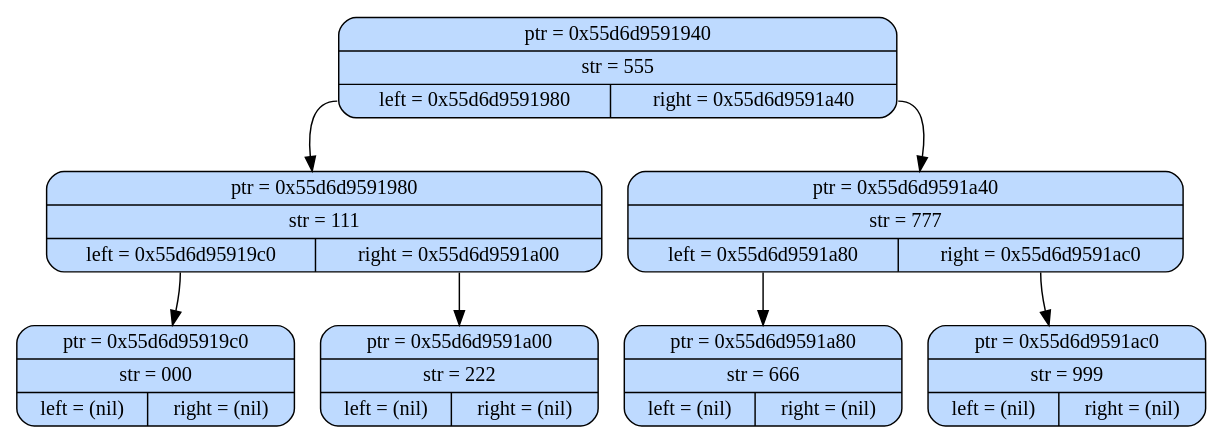
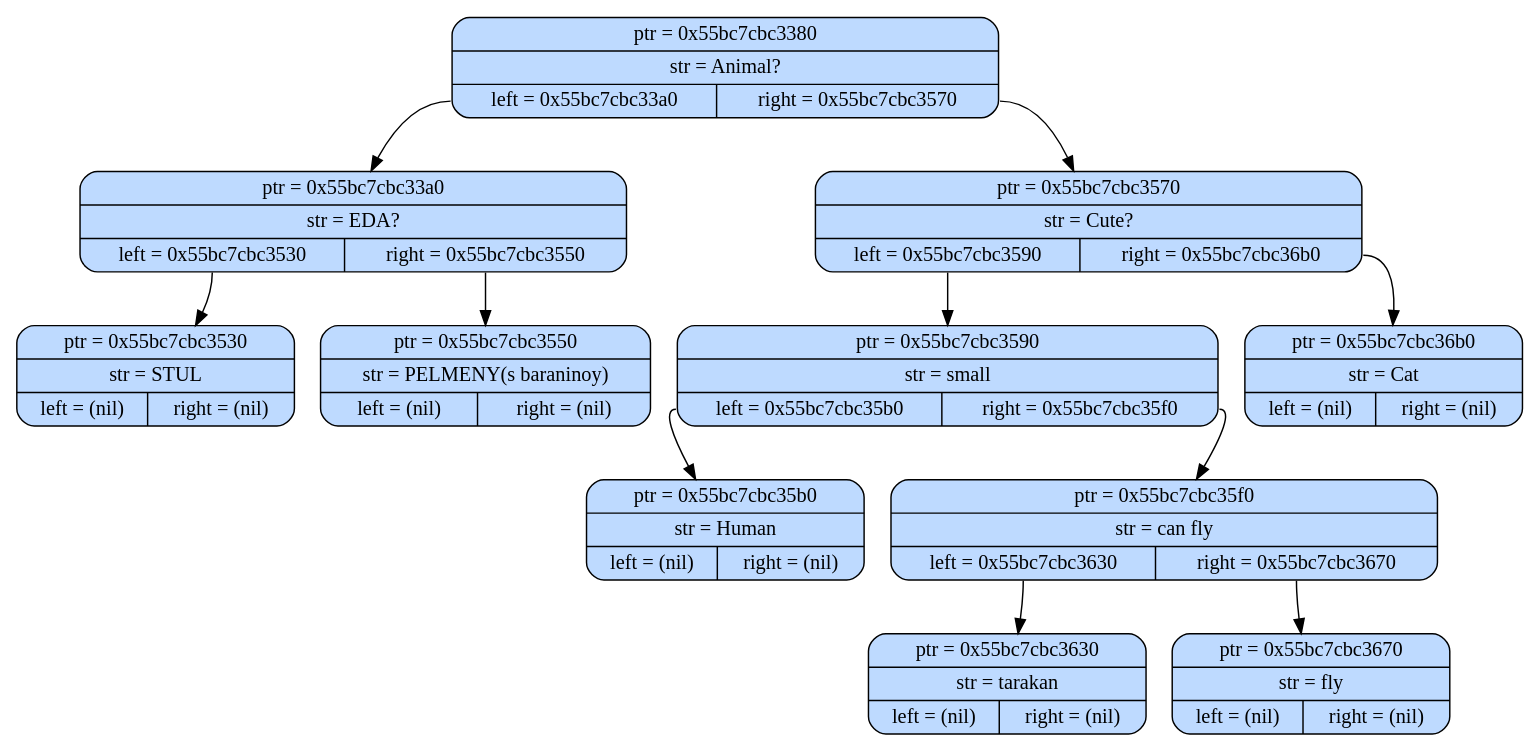
Before and after one commit to Vodyanoy-Q/Akinator: the diagram in tree.dot, drawn with Graphviz. The commit also changed 7 other files, not shown here.

```diff
--- a/tree.dot
+++ b/tree.dot
@@ -1,22 +1,34 @@
 digraph {
-    node0x55d6d9591940 [shape = "Mrecord",  label=" {ptr = 0x55d6d9591940 | str = 555 | {<f0> left = 0x55d6d9591980 | <f1> right = 0x55d6d9591a40}} ", style="filled", fillcolor="#BEDAFF"]
-    node0x55d6d9591940:<f0> -> node0x55d6d9591980
-    node0x55d6d9591940:<f1> -> node0x55d6d9591a40
+    node0x55bc7cbc3380 [shape = "Mrecord",  label=" {ptr = 0x55bc7cbc3380 | str = Animal? | {<f0> left = 0x55bc7cbc33a0 | <f1> right = 0x55bc7cbc3570}} ", style="filled", fillcolor="#BEDAFF"]
+    node0x55bc7cbc3380:<f0> -> node0x55bc7cbc33a0
+    node0x55bc7cbc3380:<f1> -> node0x55bc7cbc3570
 
-    node0x55d6d9591980 [shape = "Mrecord",  label=" {ptr = 0x55d6d9591980 | str = 111 | {<f0> left = 0x55d6d95919c0 | <f1> right = 0x55d6d9591a00}} ", style="filled", fillcolor="#BEDAFF"]
-    node0x55d6d9591980:<f0> -> node0x55d6d95919c0
-    node0x55d6d9591980:<f1> -> node0x55d6d9591a00
+    node0x55bc7cbc33a0 [shape = "Mrecord",  label=" {ptr = 0x55bc7cbc33a0 | str = EDA? | {<f0> left = 0x55bc7cbc3530 | <f1> right = 0x55bc7cbc3550}} ", style="filled", fillcolor="#BEDAFF"]
+    node0x55bc7cbc33a0:<f0> -> node0x55bc7cbc3530
+    node0x55bc7cbc33a0:<f1> -> node0x55bc7cbc3550
 
-    node0x55d6d95919c0 [shape = "Mrecord",  label=" {ptr = 0x55d6d95919c0 | str = 000 | {<f0> left = (nil) | <f1> right = (nil)}} ", style="filled", fillcolor="#BEDAFF"]
+    node0x55bc7cbc3530 [shape = "Mrecord",  label=" {ptr = 0x55bc7cbc3530 | str = STUL | {<f0> left = (nil) | <f1> right = (nil)}} ", style="filled", fillcolor="#BEDAFF"]
 
-    node0x55d6d9591a00 [shape = "Mrecord",  label=" {ptr = 0x55d6d9591a00 | str = 222 | {<f0> left = (nil) | <f1> right = (nil)}} ", style="filled", fillcolor="#BEDAFF"]
+    node0x55bc7cbc3550 [shape = "Mrecord",  label=" {ptr = 0x55bc7cbc3550 | str = PELMENY(s baraninoy) | {<f0> left = (nil) | <f1> right = (nil)}} ", style="filled", fillcolor="#BEDAFF"]
 
-    node0x55d6d9591a40 [shape = "Mrecord",  label=" {ptr = 0x55d6d9591a40 | str = 777 | {<f0> left = 0x55d6d9591a80 | <f1> right = 0x55d6d9591ac0}} ", style="filled", fillcolor="#BEDAFF"]
-    node0x55d6d9591a40:<f0> -> node0x55d6d9591a80
-    node0x55d6d9591a40:<f1> -> node0x55d6d9591ac0
+    node0x55bc7cbc3570 [shape = "Mrecord",  label=" {ptr = 0x55bc7cbc3570 | str = Cute? | {<f0> left = 0x55bc7cbc3590 | <f1> right = 0x55bc7cbc36b0}} ", style="filled", fillcolor="#BEDAFF"]
+    node0x55bc7cbc3570:<f0> -> node0x55bc7cbc3590
+    node0x55bc7cbc3570:<f1> -> node0x55bc7cbc36b0
 
-    node0x55d6d9591a80 [shape = "Mrecord",  label=" {ptr = 0x55d6d9591a80 | str = 666 | {<f0> left = (nil) | <f1> right = (nil)}} ", style="filled", fillcolor="#BEDAFF"]
+    node0x55bc7cbc3590 [shape = "Mrecord",  label=" {ptr = 0x55bc7cbc3590 | str = small | {<f0> left = 0x55bc7cbc35b0 | <f1> right = 0x55bc7cbc35f0}} ", style="filled", fillcolor="#BEDAFF"]
+    node0x55bc7cbc3590:<f0> -> node0x55bc7cbc35b0
+    node0x55bc7cbc3590:<f1> -> node0x55bc7cbc35f0
 
-    node0x55d6d9591ac0 [shape = "Mrecord",  label=" {ptr = 0x55d6d9591ac0 | str = 999 | {<f0> left = (nil) | <f1> right = (nil)}} ", style="filled", fillcolor="#BEDAFF"]
+    node0x55bc7cbc35b0 [shape = "Mrecord",  label=" {ptr = 0x55bc7cbc35b0 | str = Human | {<f0> left = (nil) | <f1> right = (nil)}} ", style="filled", fillcolor="#BEDAFF"]
+
+    node0x55bc7cbc35f0 [shape = "Mrecord",  label=" {ptr = 0x55bc7cbc35f0 | str = can fly | {<f0> left = 0x55bc7cbc3630 | <f1> right = 0x55bc7cbc3670}} ", style="filled", fillcolor="#BEDAFF"]
+    node0x55bc7cbc35f0:<f0> -> node0x55bc7cbc3630
+    node0x55bc7cbc35f0:<f1> -> node0x55bc7cbc3670
+
+    node0x55bc7cbc3630 [shape = "Mrecord",  label=" {ptr = 0x55bc7cbc3630 | str = tarakan | {<f0> left = (nil) | <f1> right = (nil)}} ", style="filled", fillcolor="#BEDAFF"]
+
+    node0x55bc7cbc3670 [shape = "Mrecord",  label=" {ptr = 0x55bc7cbc3670 | str = fly | {<f0> left = (nil) | <f1> right = (nil)}} ", style="filled", fillcolor="#BEDAFF"]
+
+    node0x55bc7cbc36b0 [shape = "Mrecord",  label=" {ptr = 0x55bc7cbc36b0 | str = Cat | {<f0> left = (nil) | <f1> right = (nil)}} ", style="filled", fillcolor="#BEDAFF"]
 
 }
```
